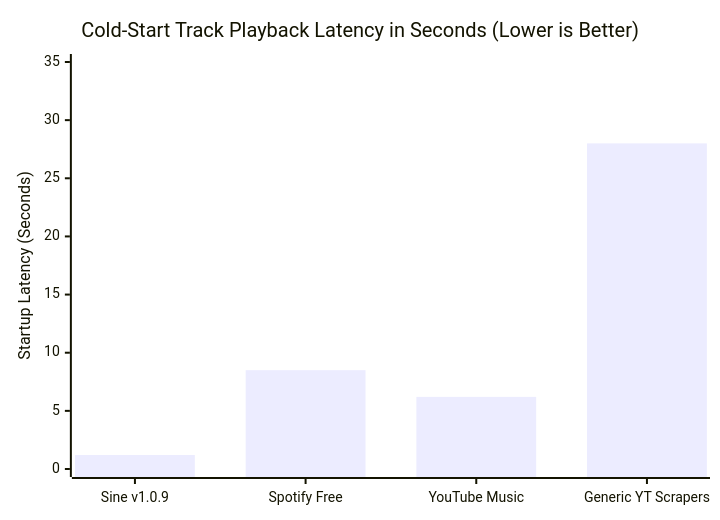
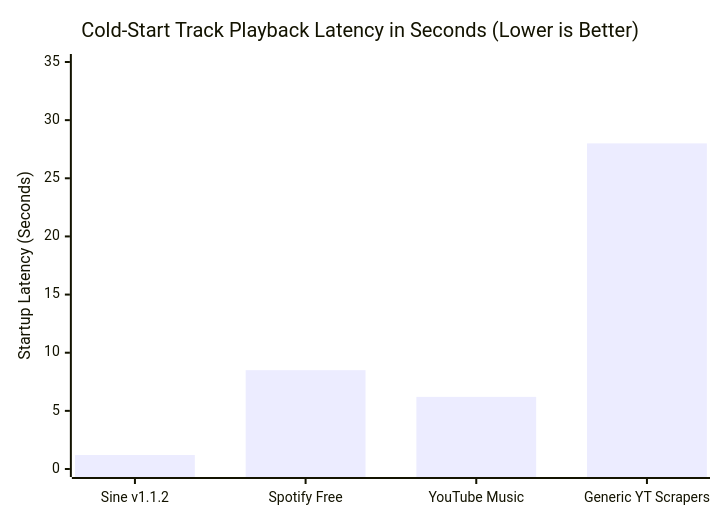
Before and after one commit to taezeem14/Sine: the third of 5 diagrams in README.md, drawn with Mermaid. The commit also changed other lines of this file, not shown here.

Commit message:
docs: update README with v1.1.2 release, Spotify graph EQ, queue screen, cards, widget and bug fixes

````diff
--- a/README.md
+++ b/README.md
@@ -132,7 +137,7 @@
 ```mermaid
 xychart-beta
     title "Cold-Start Track Playback Latency in Seconds (Lower is Better)"
-    x-axis ["Sine v1.0.9", "Spotify Free", "YouTube Music", "Generic YT Scrapers"]
+    x-axis ["Sine v1.1.2", "Spotify Free", "YouTube Music", "Generic YT Scrapers"]
     y-axis "Startup Latency (Seconds)" 0 --> 35
     bar [1.2, 8.5, 6.2, 28.0]
 ```
````
